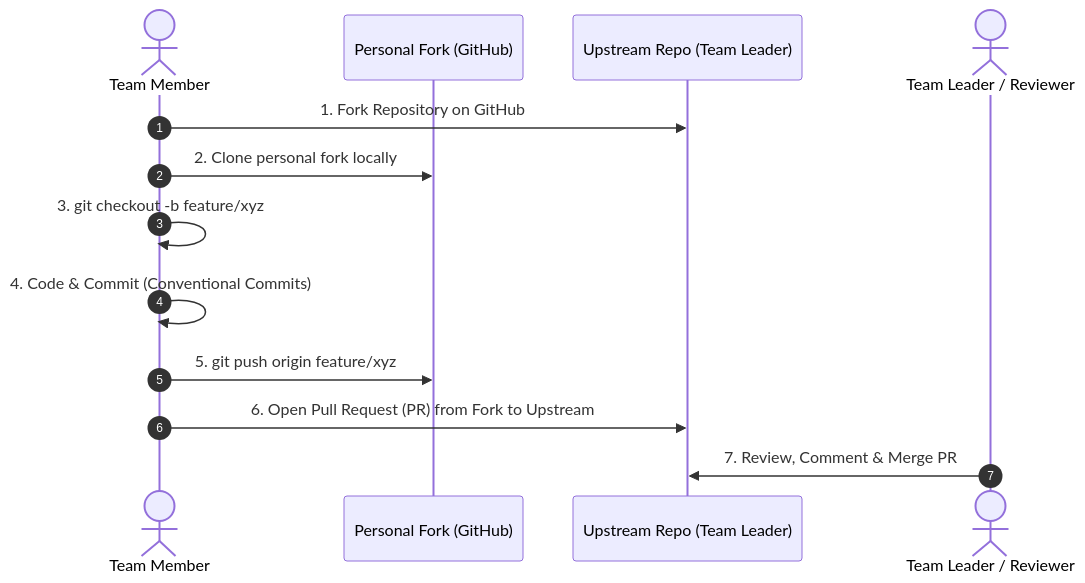
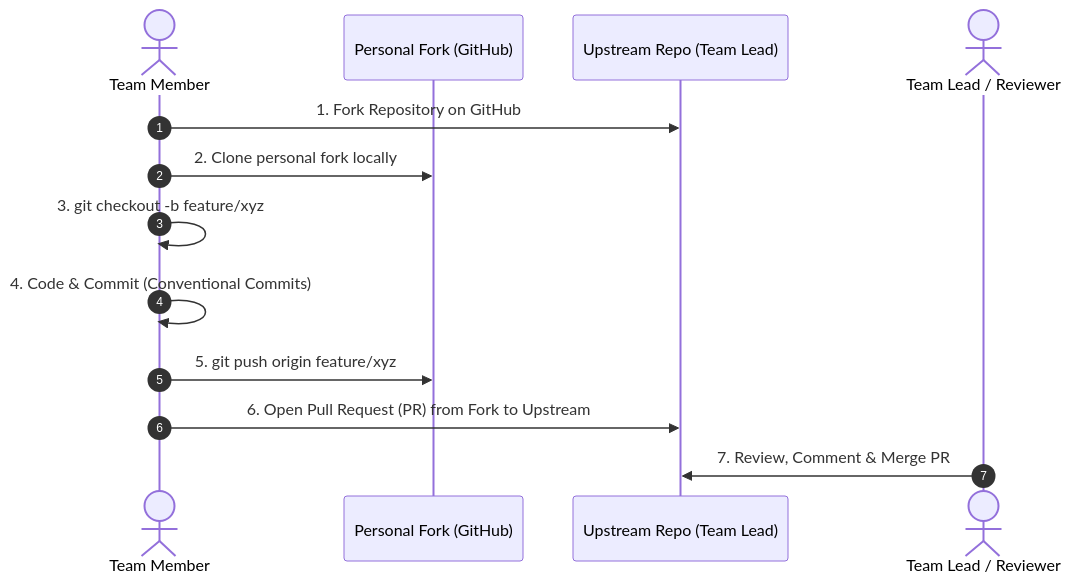
The diagram in CONTRIBUTING.md (Madhur-7568/WebDev-Project), drawn with Mermaid before and after one commit. The commit also changed other lines of this file, not shown here.

````diff
--- a/CONTRIBUTING.md
+++ b/CONTRIBUTING.md
@@ -9,16 +9,16 @@
 ```mermaid
 sequenceDiagram
     autonumber
     actor Contributor as Team Member
     participant Fork as Personal Fork (GitHub)
-    participant MainRepo as Upstream Repo (Team Leader)
-    actor Lead as Team Leader / Reviewer
+    participant MainRepo as Upstream Repo (Team Lead)
+    actor Lead as Team Lead / Reviewer
 
     Contributor->>MainRepo: 1. Fork Repository on GitHub
     Contributor->>Fork: 2. Clone personal fork locally
     Contributor->>Contributor: 3. git checkout -b feature/xyz
     Contributor->>Contributor: 4. Code & Commit (Conventional Commits)
     Contributor->>Fork: 5. git push origin feature/xyz
     Contributor->>MainRepo: 6. Open Pull Request (PR) from Fork to Upstream
     Lead->>MainRepo: 7. Review, Comment & Merge PR
 ```
````
